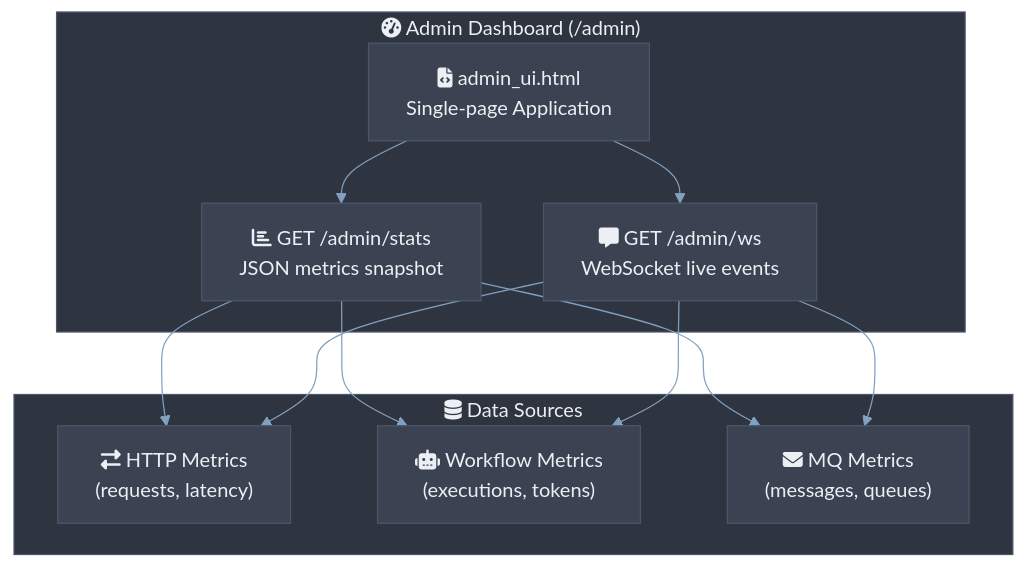
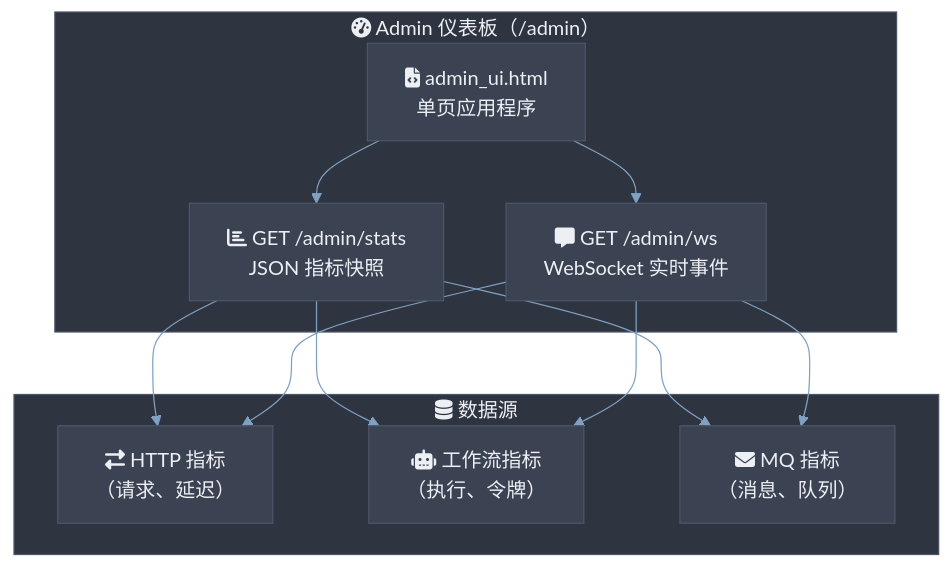
Diagram 11 of 12 in docs/zh-CN/architecture.md (quintin-lee/csilk), drawn with Mermaid before and after one commit. The commit also changed other lines of this file and 1 other file, not shown here.

Commit message:
docs(zh-CN): 📝 refine Chinese translations for architecture and getting-started

````diff
--- a/docs/zh-CN/architecture.md
+++ b/docs/zh-CN/architecture.md
@@ -677,45 +691,45 @@
 ```mermaid
 %%{init: {
   'theme': 'base',
   'themeVariables': {
     'background': '#2E3440',
     'primaryColor': '#81A1C1',
     'primaryBorderColor': '#4C566A',
     'primaryTextColor': '#ECEFF4',
     'secondaryColor': '#3B4252',
     'secondaryBorderColor': '#434C5E',
     'secondaryTextColor': '#D8DEE9',
     'lineColor': '#81A1C1',
     'textColor': '#ECEFF4',
     'mainBkg': '#3B4252',
     'nodeBorder': '#4C566A',
     'clusterBkg': '#2E3440',
     'clusterBorder': '#4C566A',
     'titleColor': '#ECEFF4',
     'edgeLabelBackground': '#3B4252',
     'nodeTextColor': '#ECEFF4'
   },
   'flowchart': {'htmlLabels': true, 'curve': 'basis'}
 }}%%
 graph TB
-    subgraph admin_dash["fa:fa-tachometer-alt Admin Dashboard (/admin)"]
-        UI["fa:fa-file-code admin_ui.html<br/>Single-page Application"]
-        STATS["fa:fa-chart-bar GET /admin/stats<br/>JSON metrics snapshot"]
-        WS["fa:fa-comment-alt GET /admin/ws<br/>WebSocket live events"]
+    subgraph admin_dash["fa:fa-tachometer-alt Admin 仪表板（/admin）"]
+        UI["fa:fa-file-code admin_ui.html<br/>单页应用程序"]
+        STATS["fa:fa-chart-bar GET /admin/stats<br/>JSON 指标快照"]
+        WS["fa:fa-comment-alt GET /admin/ws<br/>WebSocket 实时事件"]
     end
 
-    subgraph data_sources["fa:fa-database Data Sources"]
-        HTTP_M["fa:fa-exchange-alt HTTP Metrics<br/>(requests, latency)"]
-        WF_M["fa:fa-robot Workflow Metrics<br/>(executions, tokens)"]
-        MQ_M["fa:fa-envelope MQ Metrics<br/>(messages, queues)"]
+    subgraph data_sources["fa:fa-database 数据源"]
+        HTTP_M["fa:fa-exchange-alt HTTP 指标<br/>（请求、延迟）"]
+        WF_M["fa:fa-robot 工作流指标<br/>（执行、令牌）"]
+        MQ_M["fa:fa-envelope MQ 指标<br/>（消息、队列）"]
     end
 
     UI --> STATS
     UI --> WS
     STATS --> HTTP_M
     STATS --> WF_M
     STATS --> MQ_M
     WS --> HTTP_M
     WS --> WF_M
     WS --> MQ_M
 ```
````
